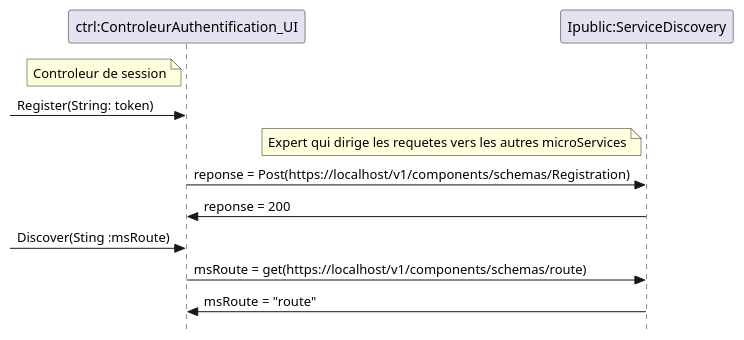
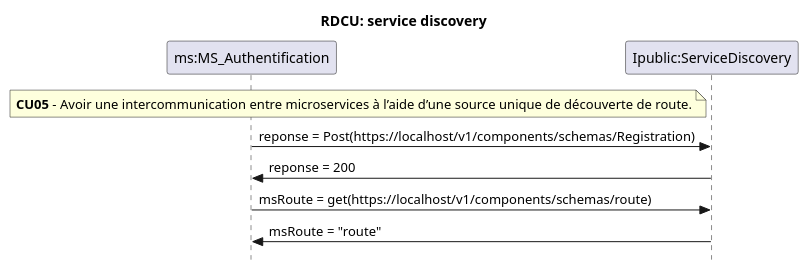
The diagram in doc/plantuml/RDCU_Equipe4/Sercice_discovery_rdcu.plantuml (LOG430-MicroServices/LOG430-STM), drawn with PlantUML before and after one commit. The commit also changed 8 other files, not shown here.

First line of the commit message:
mise à jour des diagrammes

```diff
--- a/doc/plantuml/RDCU_Equipe4/Sercice_discovery_rdcu.plantuml
+++ b/doc/plantuml/RDCU_Equipe4/Sercice_discovery_rdcu.plantuml
@@ -1,15 +1,16 @@
 @startuml
+title: RDCU: service discovery
 skinparam Style strictuml
-participant "ctrl:ControleurAuthentification_UI" as ctrl
+
+participant "ms:MS_Authentification" as ctrl
 participant "Ipublic:ServiceDiscovery" as Ipublic
 
-note left of ctrl: Controleur de session
--> ctrl: Register(String: token)
-note left of Ipublic: Expert qui dirige les requetes vers les autres microServices
+note left of Ipublic: **CU05** - Avoir une intercommunication entre microservices à l’aide d’une source unique de découverte de route.
+
 ctrl -> Ipublic: reponse = Post(https://localhost/v1/components/schemas/Registration)
 Ipublic -> ctrl: reponse = 200
--> ctrl: Discover(Sting :msRoute)
+
 ctrl -> Ipublic: msRoute = get(https://localhost/v1/components/schemas/route)
 Ipublic -> ctrl: msRoute = "route"
 
 @enduml
```
